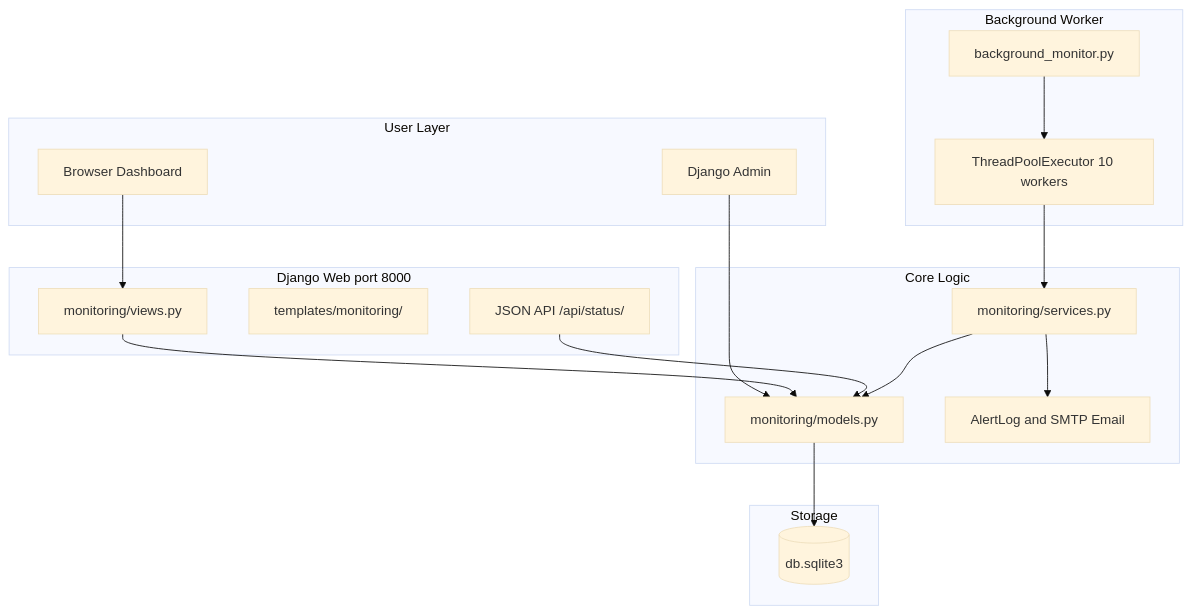
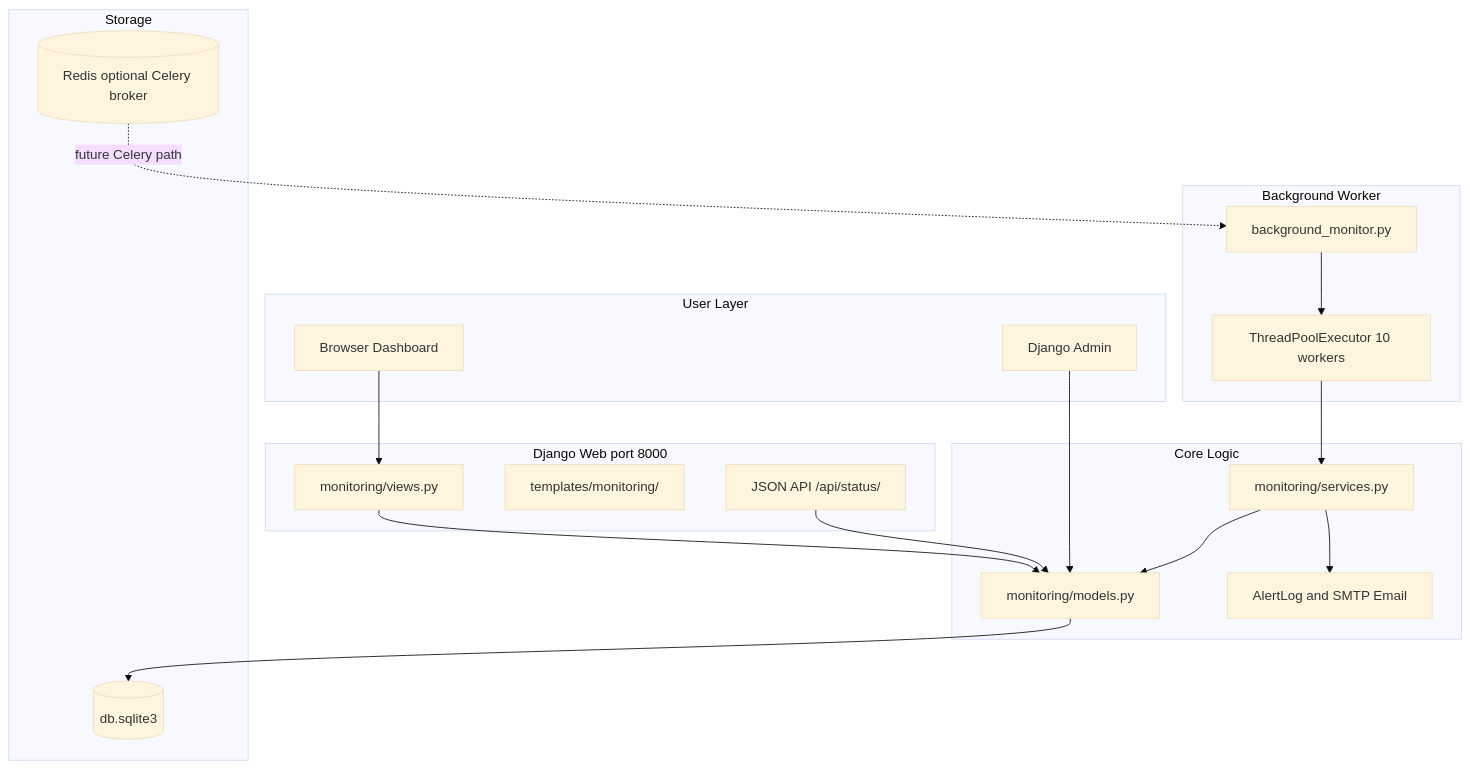
The first of 2 diagrams in PROJECT_COMPLETE_GUIDE.md (siva1252/Web_health_checker), drawn with Mermaid (base theme) before and after one commit. The commit also changed other lines of this file and 5 other files, not shown here.

````diff
--- a/PROJECT_COMPLETE_GUIDE.md
+++ b/PROJECT_COMPLETE_GUIDE.md
@@ -47,32 +47,34 @@
 ```mermaid
 flowchart TB
     subgraph userLayer [User Layer]
         Browser[Browser Dashboard]
         Admin[Django Admin]
     end
     subgraph webLayer [Django Web port 8000]
         Views[monitoring/views.py]
         Templates[templates/monitoring/]
         API[JSON API /api/status/]
     end
     subgraph workerLayer [Background Worker]
         BG[background_monitor.py]
         TPE[ThreadPoolExecutor 10 workers]
     end
     subgraph coreLayer [Core Logic]
         Service[monitoring/services.py]
         Models[monitoring/models.py]
         Alerts[AlertLog and SMTP Email]
     end
     subgraph storage [Storage]
         SQLite[(db.sqlite3)]
+        Redis[(Redis optional Celery broker)]
     end
     Browser --> Views
     Admin --> Models
     Views --> Models
     API --> Models
     BG --> TPE --> Service
     Service --> Models
     Service --> Alerts
     Models --> SQLite
+    Redis -.->|future Celery path| BG
 ```
````
